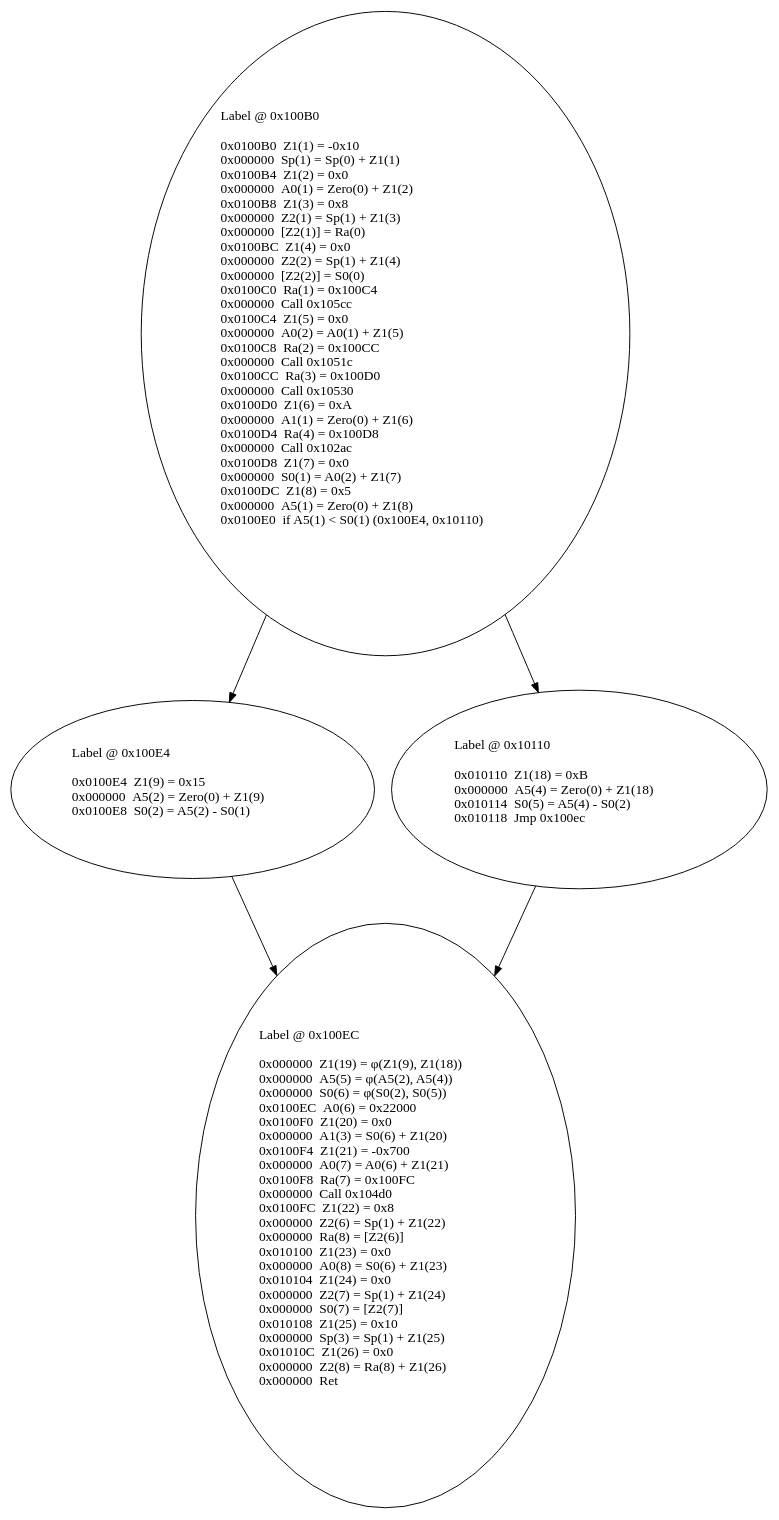
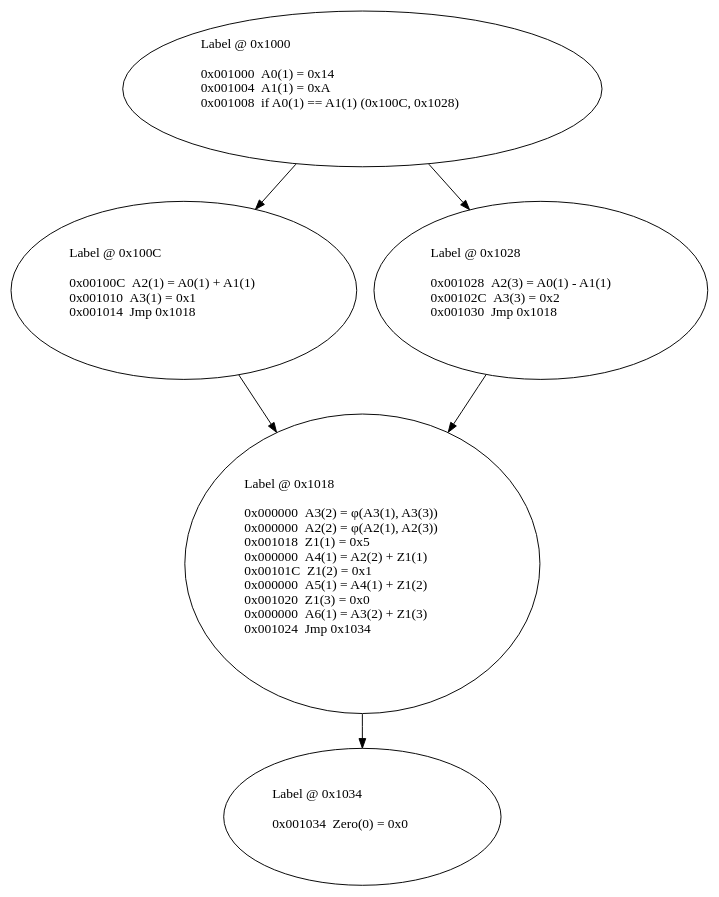
The diagram in graph.dot (seal9055/sfuzz), drawn with Graphviz before and after one commit. The commit also changed 5 other files, not shown here.

```diff
--- a/graph.dot
+++ b/graph.dot
@@ -1,10 +1,12 @@
 digraph {
-    0 [ label = "		Label @ 0x100B0\l\l0x0100B0  Z1(1) = -0x10\l0x000000  Sp(1) = Sp(0) + Z1(1)\l0x0100B4  Z1(2) = 0x0\l0x000000  A0(1) = Zero(0) + Z1(2)\l0x0100B8  Z1(3) = 0x8\l0x000000  Z2(1) = Sp(1) + Z1(3)\l0x000000  [Z2(1)] = Ra(0)\l0x0100BC  Z1(4) = 0x0\l0x000000  Z2(2) = Sp(1) + Z1(4)\l0x000000  [Z2(2)] = S0(0)\l0x0100C0  Ra(1) = 0x100C4\l0x000000  Call 0x105cc\l0x0100C4  Z1(5) = 0x0\l0x000000  A0(2) = A0(1) + Z1(5)\l0x0100C8  Ra(2) = 0x100CC\l0x000000  Call 0x1051c\l0x0100CC  Ra(3) = 0x100D0\l0x000000  Call 0x10530\l0x0100D0  Z1(6) = 0xA\l0x000000  A1(1) = Zero(0) + Z1(6)\l0x0100D4  Ra(4) = 0x100D8\l0x000000  Call 0x102ac\l0x0100D8  Z1(7) = 0x0\l0x000000  S0(1) = A0(2) + Z1(7)\l0x0100DC  Z1(8) = 0x5\l0x000000  A5(1) = Zero(0) + Z1(8)\l0x0100E0  if A5(1) < S0(1) (0x100E4, 0x10110)\l\l " ]
-    1 [ label = "\l		Label @ 0x100E4\l\l0x0100E4  Z1(9) = 0x15\l0x000000  A5(2) = Zero(0) + Z1(9)\l0x0100E8  S0(2) = A5(2) - S0(1)\l\l " ]
-    2 [ label = "\l		Label @ 0x100EC\l\l0x000000  Z1(19) = φ(Z1(9), Z1(18))\l0x000000  A5(5) = φ(A5(2), A5(4))\l0x000000  S0(6) = φ(S0(2), S0(5))\l0x0100EC  A0(6) = 0x22000\l0x0100F0  Z1(20) = 0x0\l0x000000  A1(3) = S0(6) + Z1(20)\l0x0100F4  Z1(21) = -0x700\l0x000000  A0(7) = A0(6) + Z1(21)\l0x0100F8  Ra(7) = 0x100FC\l0x000000  Call 0x104d0\l0x0100FC  Z1(22) = 0x8\l0x000000  Z2(6) = Sp(1) + Z1(22)\l0x000000  Ra(8) = [Z2(6)]\l0x010100  Z1(23) = 0x0\l0x000000  A0(8) = S0(6) + Z1(23)\l0x010104  Z1(24) = 0x0\l0x000000  Z2(7) = Sp(1) + Z1(24)\l0x000000  S0(7) = [Z2(7)]\l0x010108  Z1(25) = 0x10\l0x000000  Sp(3) = Sp(1) + Z1(25)\l0x01010C  Z1(26) = 0x0\l0x000000  Z2(8) = Ra(8) + Z1(26)\l0x000000  Ret\l\l " ]
-    3 [ label = "\l		Label @ 0x10110\l\l0x010110  Z1(18) = 0xB\l0x000000  A5(4) = Zero(0) + Z1(18)\l0x010114  S0(5) = A5(4) - S0(2)\l0x010118  Jmp 0x100ec\l\l " ]
+    0 [ label = "		Label @ 0x1000\l\l0x001000  A0(1) = 0x14\l0x001004  A1(1) = 0xA\l0x001008  if A0(1) == A1(1) (0x100C, 0x1028)\l\l " ]
+    1 [ label = "\l		Label @ 0x100C\l\l0x00100C  A2(1) = A0(1) + A1(1)\l0x001010  A3(1) = 0x1\l0x001014  Jmp 0x1018\l\l " ]
+    2 [ label = "\l		Label @ 0x1018\l\l0x000000  A3(2) = φ(A3(1), A3(3))\l0x000000  A2(2) = φ(A2(1), A2(3))\l0x001018  Z1(1) = 0x5\l0x000000  A4(1) = A2(2) + Z1(1)\l0x00101C  Z1(2) = 0x1\l0x000000  A5(1) = A4(1) + Z1(2)\l0x001020  Z1(3) = 0x0\l0x000000  A6(1) = A3(2) + Z1(3)\l0x001024  Jmp 0x1034\l\l " ]
+    3 [ label = "\l		Label @ 0x1028\l\l0x001028  A2(3) = A0(1) - A1(1)\l0x00102C  A3(3) = 0x2\l0x001030  Jmp 0x1018\l\l " ]
+    4 [ label = "\l		Label @ 0x1034\l\l0x001034  Zero(0) = 0x0\l\l " ]
     0 -> 1 [ ]
     0 -> 3 [ ]
     1 -> 2 [ ]
+    2 -> 4 [ ]
     3 -> 2 [ ]
 }
```
